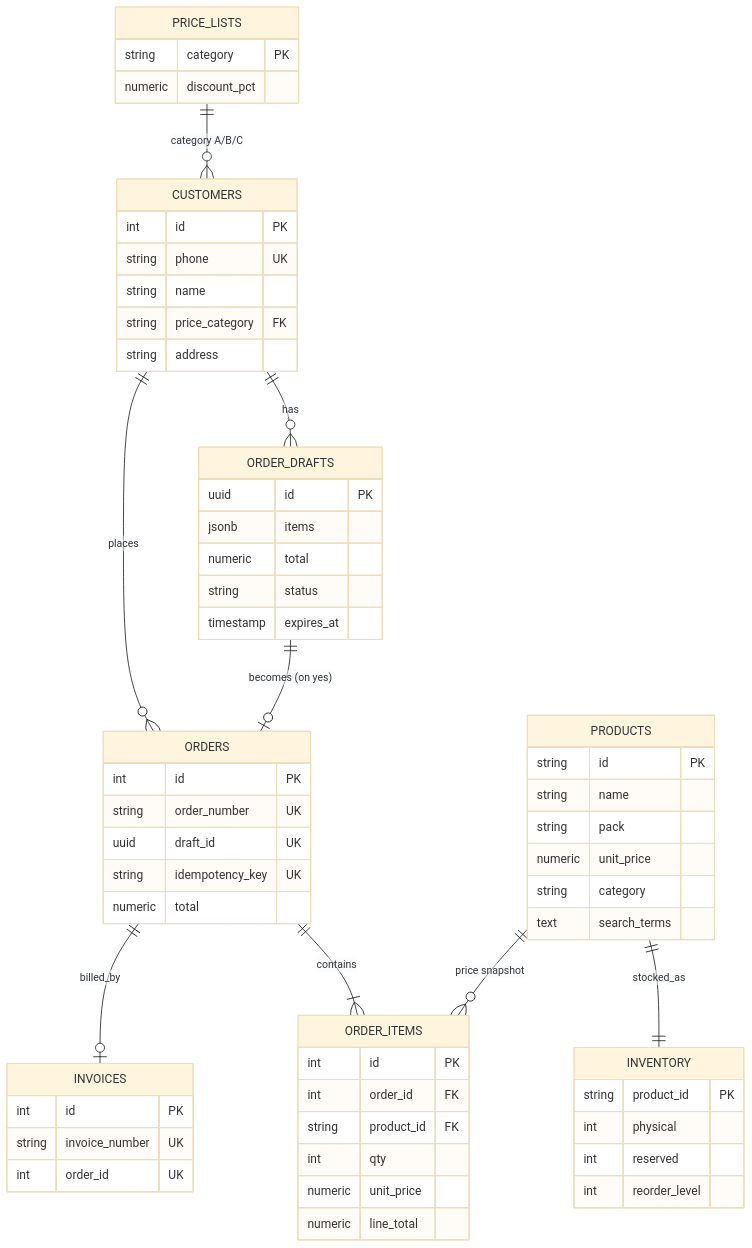
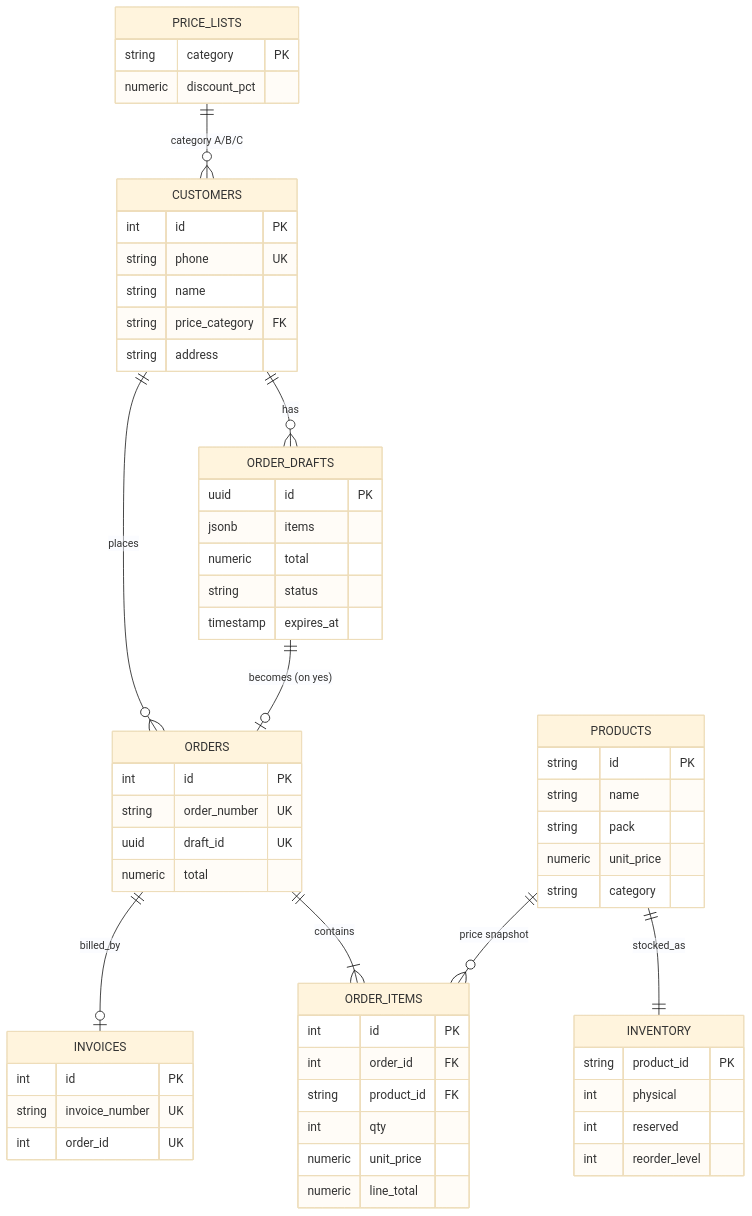
Before and after one commit to Nazir-Ahmed72/bizflow-ai: the fifth of 5 diagrams in README.md, drawn with Mermaid (base theme). The commit also changed other lines of this file and 18 other files, not shown here.

````diff
--- a/README.md
+++ b/README.md
@@ -226,64 +217,62 @@
 ```mermaid
 erDiagram
     PRICE_LISTS ||--o{ CUSTOMERS : "category A/B/C"
     CUSTOMERS ||--o{ ORDER_DRAFTS : has
     CUSTOMERS ||--o{ ORDERS : places
     ORDER_DRAFTS ||--o| ORDERS : "becomes (on yes)"
     ORDERS ||--|{ ORDER_ITEMS : contains
     ORDERS ||--o| INVOICES : billed_by
     PRODUCTS ||--|| INVENTORY : stocked_as
     PRODUCTS ||--o{ ORDER_ITEMS : "price snapshot"
 
     PRICE_LISTS {
         string category PK
         numeric discount_pct
     }
     CUSTOMERS {
         int id PK
         string phone UK
         string name
         string price_category FK
         string address
     }
     PRODUCTS {
         string id PK
         string name
         string pack
         numeric unit_price
         string category
-        text search_terms
     }
     INVENTORY {
         string product_id PK
         int physical
         int reserved
         int reorder_level
     }
     ORDER_DRAFTS {
         uuid id PK
         jsonb items
         numeric total
         string status
         timestamp expires_at
     }
     ORDERS {
         int id PK
         string order_number UK
         uuid draft_id UK
-        string idempotency_key UK
         numeric total
     }
     ORDER_ITEMS {
         int id PK
         int order_id FK
         string product_id FK
         int qty
         numeric unit_price
         numeric line_total
     }
     INVOICES {
         int id PK
         string invoice_number UK
         int order_id UK
     }
 ```
````
